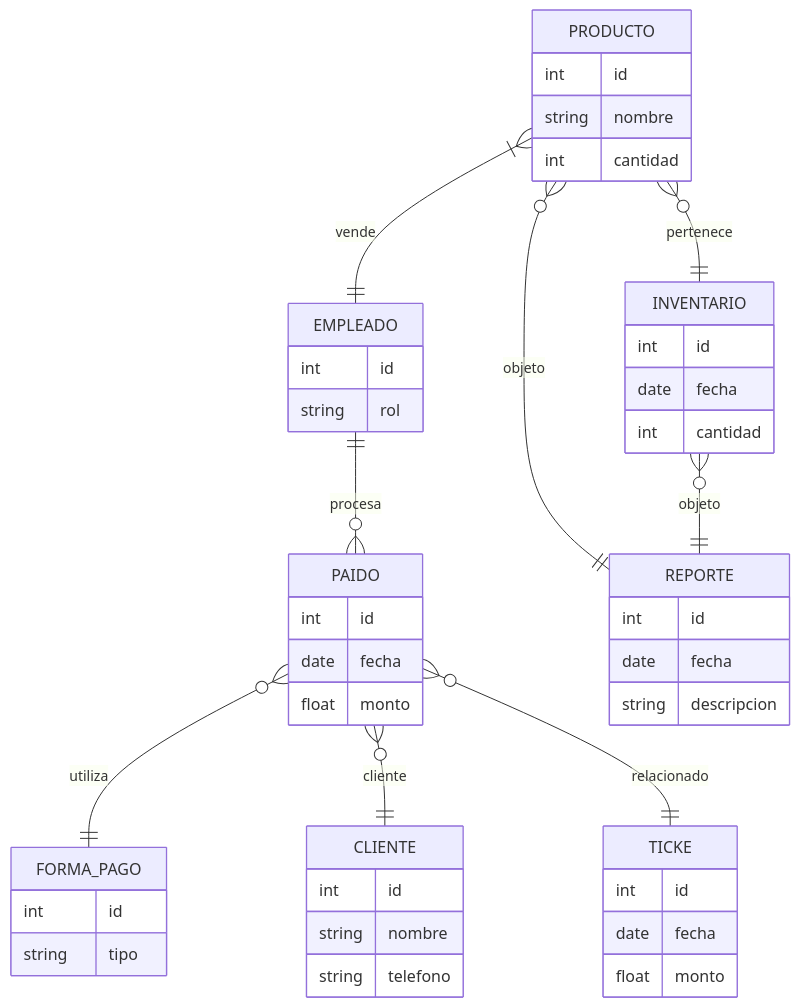
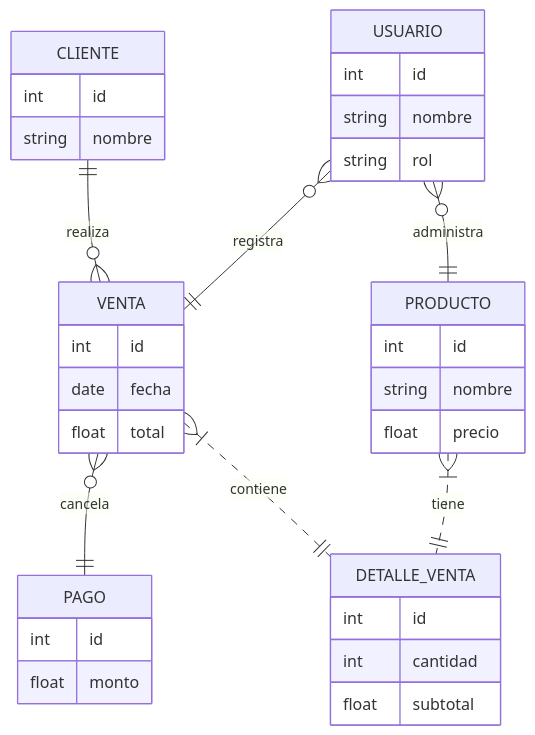
The diagram in diagram_er.mmd (paoloVD21/taller), drawn with Mermaid before and after one commit. The commit also changed 10 other files, not shown here.

Commit message:
Se agrego diagrama de secuencia y de estados

```diff
--- a/diagram_er.mmd
+++ b/diagram_er.mmd
@@ -1,47 +1,35 @@
 erDiagram
+    CLIENTE {
+        int id
+        string nombre
+    }
     PRODUCTO {
         int id
         string nombre
-        int cantidad
+        float precio
     }
-    INVENTARIO {
+    VENTA {
         int id
         date fecha
+        float total
+    }
+    DETALLE_VENTA {
+        int id
         int cantidad
+        float subtotal
     }
-    PRODUCTO }o--|| INVENTARIO : pertenece
-    PAIDO {
+    USUARIO {
         int id
-        date fecha
+        string nombre
+        string rol
+    }
+    PAGO {
+        int id
         float monto
     }
-    FORMA_PAGO {
-        int id
-        string tipo
-    }
-    PAIDO }o--|| FORMA_PAGO : utiliza
-    EMPLEADO {
-        int id
-        string rol
-    }
-    PRODUCTO }|--|| EMPLEADO : vende
-    EMPLEADO ||--o{ PAIDO : procesa
-    REPORTE {
-        int id
-        date fecha
-        string descripcion
-    }
-    PRODUCTO }o--|| REPORTE : objeto
-    INVENTARIO }o--|| REPORTE : objeto
-    CLIENTE {
-        int id
-        string nombre
-        string telefono
-    }
-    PAIDO }o--|| CLIENTE : cliente
-    TICKE {
-        int id
-        date fecha
-        float monto
-    }
-    PAIDO }o--|| TICKE : relacionado
+    CLIENTE ||--o{ VENTA : realiza
+    VENTA }o--|| PAGO : cancela
+    USUARIO }o--|| VENTA : registra
+    PRODUCTO }|..|| DETALLE_VENTA : tiene
+    VENTA }|..|| DETALLE_VENTA : contiene
+    USUARIO }o--|| PRODUCTO : administra
```
